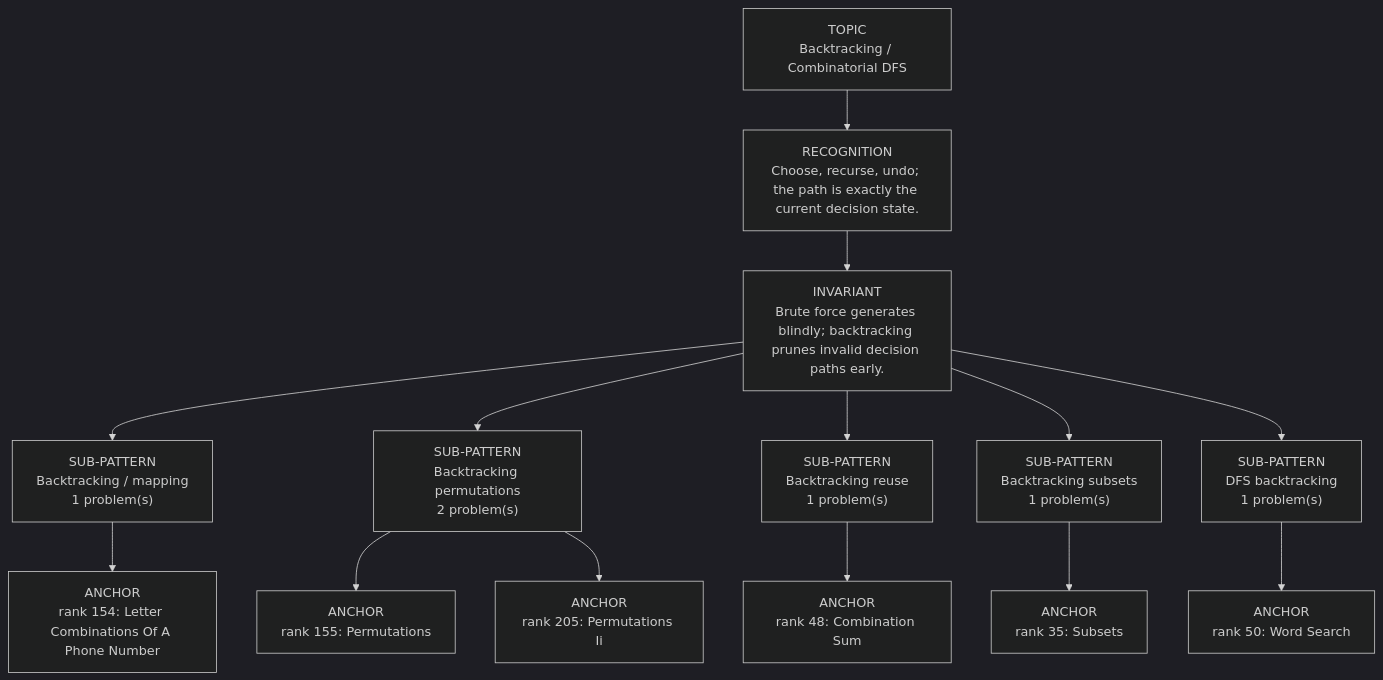
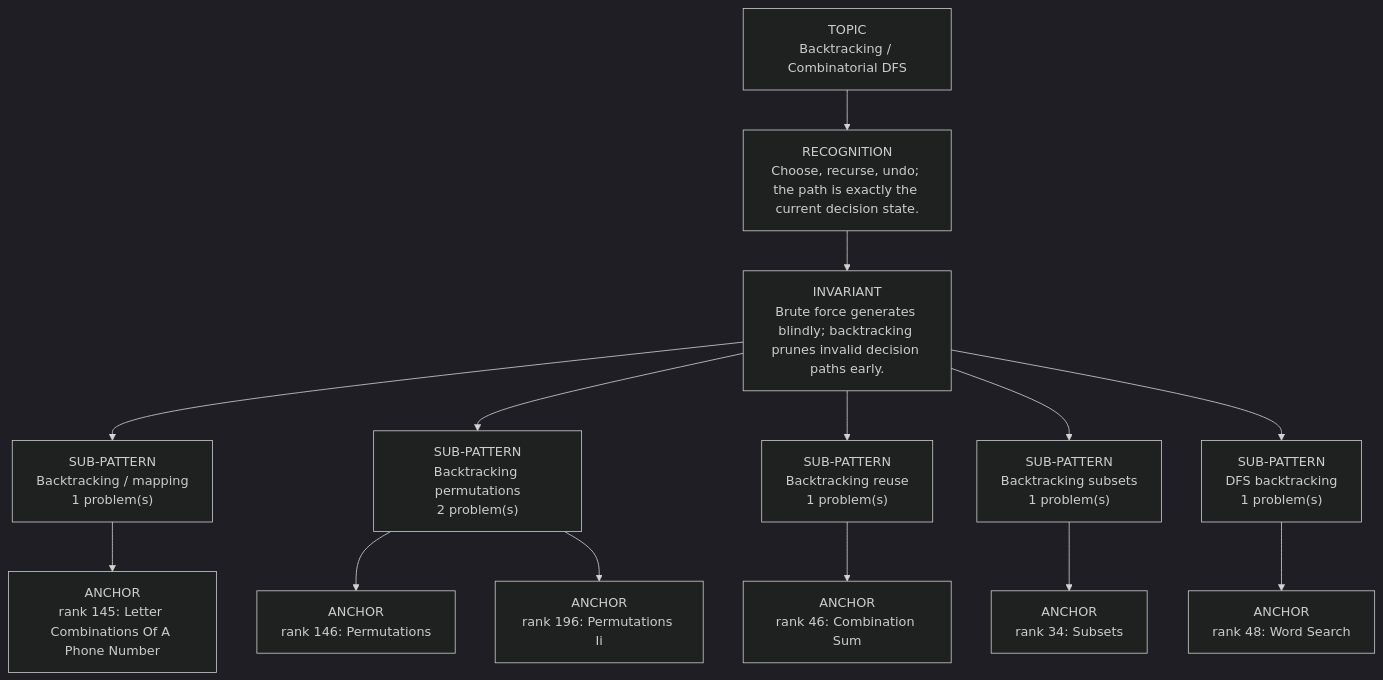
Before and after one commit to thechiranjeevjain/DSA10days: the diagram in dsa-review/interview/patterns/13_backtracking.md, drawn with Mermaid (dark theme). The commit also changed other lines of this file and 61 other files, not shown here.

````diff
--- a/dsa-review/interview/patterns/13_backtracking.md
+++ b/dsa-review/interview/patterns/13_backtracking.md
@@ -15,18 +15,18 @@
 ```mermaid
 flowchart TD
   Topic["TOPIC<br/>Backtracking / Combinatorial DFS"]
   Recognition["RECOGNITION<br/>Choose, recurse, undo; the path is exactly the current decision state."]
   Invariant["INVARIANT<br/>Brute force generates blindly; backtracking prunes invalid decision paths early."]
   Topic --> Recognition --> Invariant
   Invariant --> Sub01["SUB-PATTERN<br/>Backtracking / mapping<br/>1 problem(s)"]
-  Sub01 --> Sub01A01["ANCHOR<br/>rank 154: Letter Combinations Of A Phone Number"]
+  Sub01 --> Sub01A01["ANCHOR<br/>rank 145: Letter Combinations Of A Phone Number"]
   Invariant --> Sub02["SUB-PATTERN<br/>Backtracking permutations<br/>2 problem(s)"]
-  Sub02 --> Sub02A01["ANCHOR<br/>rank 155: Permutations"]
-  Sub02 --> Sub02A02["ANCHOR<br/>rank 205: Permutations Ii"]
+  Sub02 --> Sub02A01["ANCHOR<br/>rank 146: Permutations"]
+  Sub02 --> Sub02A02["ANCHOR<br/>rank 196: Permutations Ii"]
   Invariant --> Sub03["SUB-PATTERN<br/>Backtracking reuse<br/>1 problem(s)"]
-  Sub03 --> Sub03A01["ANCHOR<br/>rank 48: Combination Sum"]
+  Sub03 --> Sub03A01["ANCHOR<br/>rank 46: Combination Sum"]
   Invariant --> Sub04["SUB-PATTERN<br/>Backtracking subsets<br/>1 problem(s)"]
-  Sub04 --> Sub04A01["ANCHOR<br/>rank 35: Subsets"]
+  Sub04 --> Sub04A01["ANCHOR<br/>rank 34: Subsets"]
   Invariant --> Sub05["SUB-PATTERN<br/>DFS backtracking<br/>1 problem(s)"]
-  Sub05 --> Sub05A01["ANCHOR<br/>rank 50: Word Search"]
+  Sub05 --> Sub05A01["ANCHOR<br/>rank 48: Word Search"]
 ```
````
